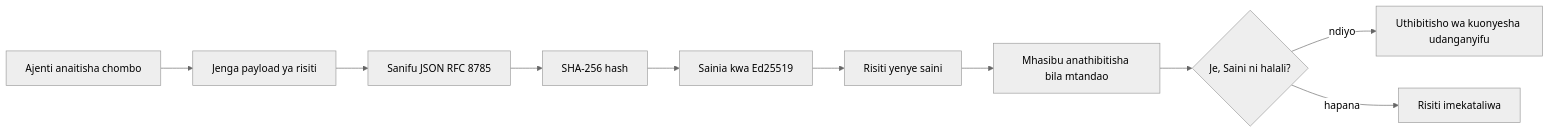
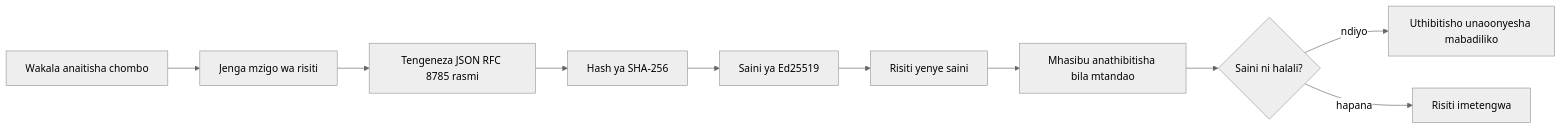
The first of 2 diagrams in mirrors/repos/microsoft@ai-agents-for-beginners/translations/sw/18-securing-ai-agents/README.md (gabrielmoreira/agent-skills-mirror), drawn with Mermaid (neutral theme) before and after one commit. The commit also changed other lines of this file and 2285 other files, not shown here.

````diff
--- a/mirrors/repos/microsoft@ai-agents-for-beginners/translations/sw/18-securing-ai-agents/README.md
+++ b/mirrors/repos/microsoft@ai-agents-for-beginners/translations/sw/18-securing-ai-agents/README.md
@@ -51,12 +51,12 @@
 ```mermaid
 flowchart LR
-    A[Ajenti anaitisha chombo] --> B[Jenga payload ya risiti]
-    B --> C[Sanifu JSON RFC 8785]
-    C --> D[SHA-256 hash]
-    D --> E[Sainia kwa Ed25519]
+    A[Wakala anaitisha chombo] --> B[Jenga mzigo wa risiti]
+    B --> C[Tengeneza JSON RFC 8785 rasmi]
+    C --> D[Hash ya SHA-256]
+    D --> E[Saini ya Ed25519]
     E --> F[Risiti yenye saini]
     F --> G[Mhasibu anathibitisha bila mtandao]
-    G --> H{Je, Saini ni halali?}
-    H -- ndiyo --> I[Uthibitisho wa kuonyesha udanganyifu]
-    H -- hapana --> J[Risiti imekataliwa]
+    G --> H{Saini ni halali?}
+    H -- ndiyo --> I[Uthibitisho unaoonyesha mabadiliko]
+    H -- hapana --> J[Risiti imetengwa]
 ```
````
